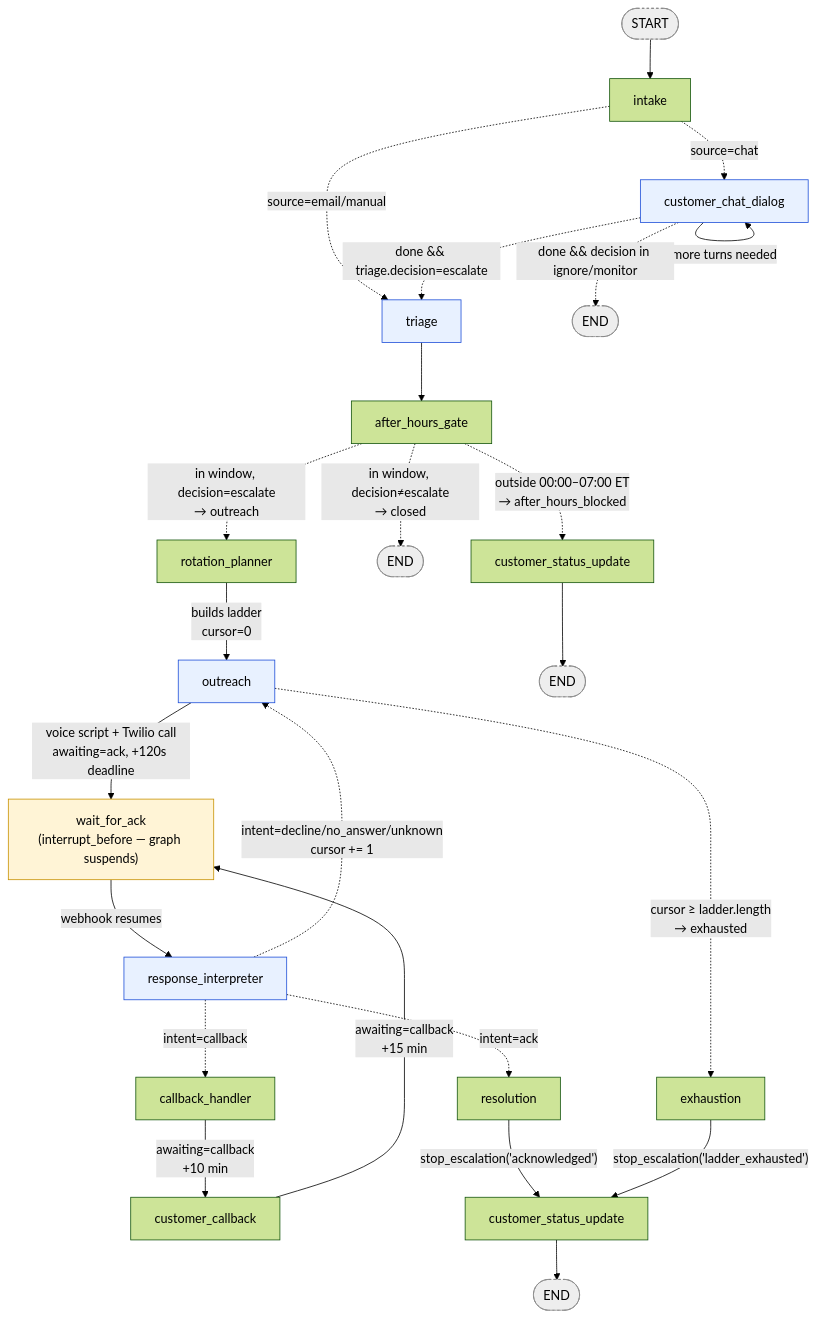
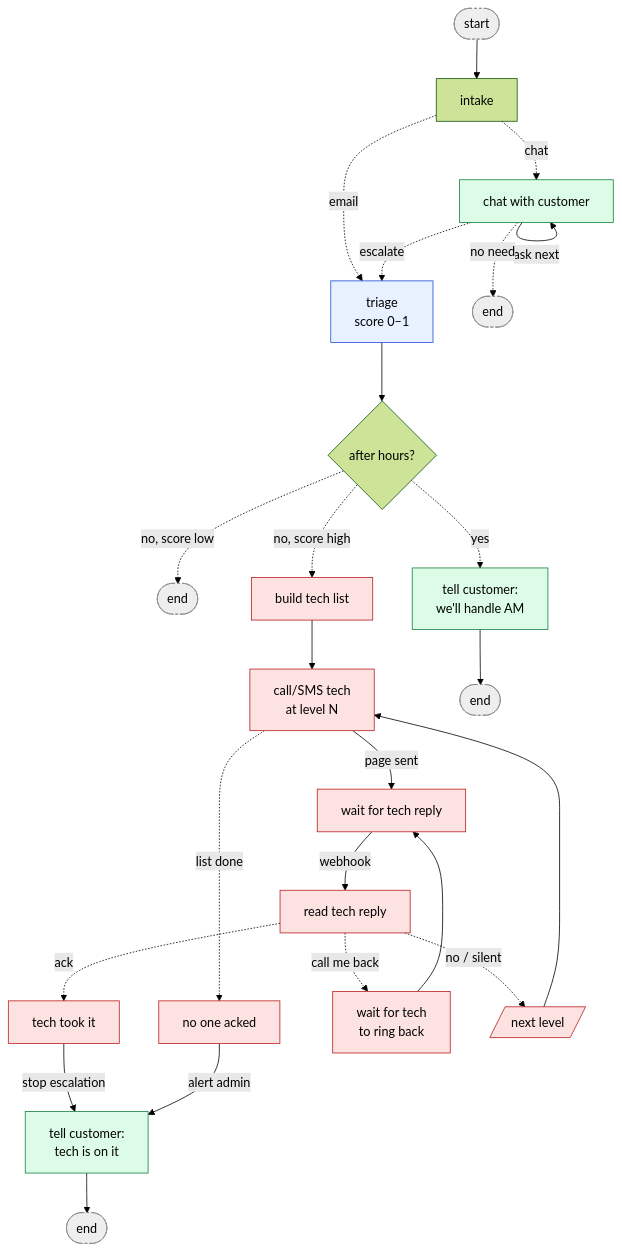
Before and after one commit to shankasf/afterhour_escalation: the first of 2 diagrams in README.md, drawn with Mermaid (forest theme). The commit also changed other lines of this file, not shown here.

Commit message:
docs: simplify LangGraph flowchart wording
Switch to short plain-English labels and add role coloring
(green = customer-facing, red = technician-facing). The previous
diagram leaned too heavily on code-symbol names and was easy to
misread as routing the customer instead of the on-call tech.

````diff
--- a/README.md
+++ b/README.md
@@ -126,44 +129,49 @@
 ```mermaid
 flowchart TD
-    START([START]) --> intake
+    START([start]) --> intake
 
-    intake -. "source=chat" .-> chat[customer_chat_dialog]
-    intake -. "source=email/manual" .-> triage
+    intake -. "chat" .-> chat["chat with customer"]
+    intake -. "email" .-> triage
 
-    chat -- "more turns needed" --> chat
-    chat -. "done && triage.decision=escalate" .-> triage
-    chat -. "done && decision in ignore/monitor" .-> END_chat([END])
+    chat -- "ask next" --> chat
+    chat -. "escalate" .-> triage
+    chat -. "no need" .-> END_chat([end])
 
-    triage --> gate[after_hours_gate]
+    triage["triage<br/>score 0–1"] --> gate{after hours?}
 
-    gate -. "outside 00:00–07:00 ET<br/>→ after_hours_blocked" .-> status_after_hours[customer_status_update]
-    gate -. "in window, decision≠escalate<br/>→ closed" .-> END_closed([END])
-    gate -. "in window, decision=escalate<br/>→ outreach" .-> planner[rotation_planner]
+    gate -. "no, score low" .-> END_closed([end])
+    gate -. "no, score high" .-> planner["build tech list"]
+    gate -. "yes" .-> tell_blocked["tell customer:<br/>we'll handle AM"]
 
-    planner -- "builds ladder<br/>cursor=0" --> outreach
+    planner --> outreach
 
-    outreach -. "cursor ≥ ladder.length<br/>→ exhausted" .-> exhaustion
-    outreach -- "voice script + Twilio call<br/>awaiting=ack, +120s deadline" --> park
+    outreach["call/SMS tech<br/>at level N"]
+    outreach -. "list done" .-> exhausted["no one acked"]
+    outreach -- "page sent" --> park
 
-    park["wait_for_ack<br/>(interrupt_before — graph suspends)"] -->|webhook resumes| interpret[response_interpreter]
+    park["wait for tech reply"] -->|webhook| interpret["read tech reply"]
 
-    interpret -. "intent=ack" .-> resolution
-    interpret -. "intent=callback" .-> callback_handler
-    interpret -. "intent=decline/no_answer/unknown<br/>cursor += 1" .-> outreach
+    interpret -. "ack" .-> done["tech took it"]
+    interpret -. "call me back" .-> wait_cb["wait for tech<br/>to ring back"]
+    interpret -. "no / silent" .-> next_tech[/"next level"/]
+    next_tech --> outreach
 
-    callback_handler -- "awaiting=callback<br/>+10 min" --> customer_callback
-    customer_callback -- "awaiting=callback<br/>+15 min" --> park
+    wait_cb --> park
 
-    resolution -- "stop_escalation('acknowledged')" --> status_done[customer_status_update]
-    exhaustion -- "stop_escalation('ladder_exhausted')" --> status_done
+    done -- "stop escalation" --> tell_done["tell customer:<br/>tech is on it"]
+    exhausted -- "alert admin" --> tell_done
 
-    status_after_hours --> END_a([END])
-    status_done --> END_done([END])
+    tell_blocked --> END_a([end])
+    tell_done --> END_done([end])
 
     classDef terminal fill:#eee,stroke:#888,stroke-dasharray:3 3;
     classDef park fill:#fff4d6,stroke:#c79100;
     classDef llm fill:#e8f1ff,stroke:#1d4ed8;
+    classDef tech fill:#fde2e2,stroke:#b91c1c;
+    classDef cust fill:#dcfce7,stroke:#15803d;
     class START,END_chat,END_closed,END_a,END_done terminal;
     class park park;
-    class triage,chat,outreach,interpret llm;
+    class triage,interpret,chat llm;
+    class planner,outreach,park,interpret,wait_cb,done,exhausted,next_tech tech;
+    class chat,tell_blocked,tell_done cust;
 ```
````
